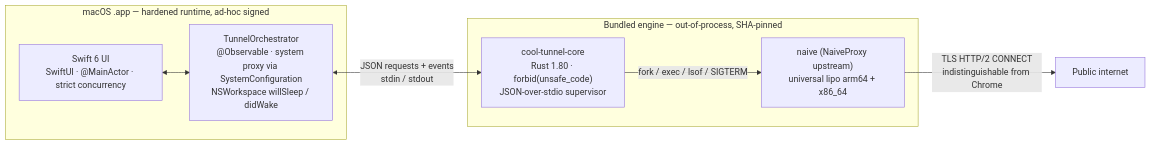
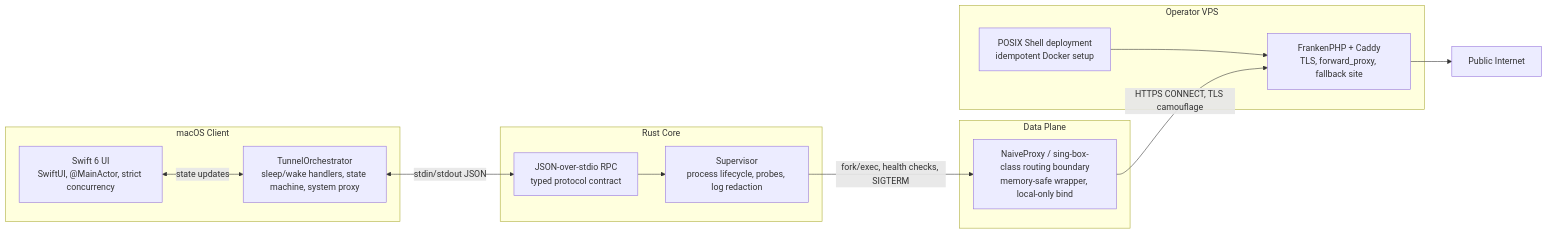
The diagram in README.md (coo1white/cool-tunnel), drawn with Mermaid before and after one commit. The commit also changed other lines of this file, not shown here.

````diff
--- a/README.md
+++ b/README.md
@@ -34,17 +50,29 @@
 ```mermaid
 flowchart LR
-    subgraph App["macOS .app — hardened runtime, ad-hoc signed"]
-      UI["Swift 6 UI<br/>SwiftUI · @MainActor · strict concurrency"]
-      ORC["TunnelOrchestrator<br/>@Observable · system proxy via SystemConfiguration<br/>NSWorkspace willSleep / didWake"]
-      UI <--> ORC
+    subgraph Mac["macOS Client"]
+        UI["Swift 6 UI<br/>SwiftUI, @MainActor, strict concurrency"]
+        ORC["TunnelOrchestrator<br/>sleep/wake handlers, state machine, system proxy"]
+        UI <-->|state updates| ORC
     end
 
-    subgraph Engine["Bundled engine — out-of-process, SHA-pinned"]
-      CORE["cool-tunnel-core<br/>Rust 1.80 · forbid(unsafe_code)<br/>JSON-over-stdio supervisor"]
-      NAIVE["naive (NaiveProxy upstream)<br/>universal lipo arm64 + x86_64"]
-      CORE -->|fork / exec / lsof / SIGTERM| NAIVE
+    subgraph Core["Rust Core"]
+        RPC["JSON-over-stdio RPC<br/>typed protocol contract"]
+        SUP["Supervisor<br/>process lifecycle, probes, log redaction"]
+        RPC --> SUP
     end
 
-    ORC <-->|JSON requests + events<br/>stdin / stdout| CORE
-    NAIVE -->|TLS HTTP/2 CONNECT<br/>indistinguishable from Chrome| Internet["Public internet"]
+    subgraph Data["Data Plane"]
+        NP["NaiveProxy / sing-box-class routing boundary<br/>memory-safe wrapper, local-only bind"]
+    end
+
+    subgraph VPS["Operator VPS"]
+        SH["POSIX Shell deployment<br/>idempotent Docker setup"]
+        WEB["FrankenPHP + Caddy<br/>TLS, forward_proxy, fallback site"]
+        SH --> WEB
+    end
+
+    ORC <-->|stdin/stdout JSON| RPC
+    SUP -->|fork/exec, health checks, SIGTERM| NP
+    NP -->|HTTPS CONNECT, TLS camouflage| WEB
+    WEB --> Internet["Public Internet"]
 ```
````
